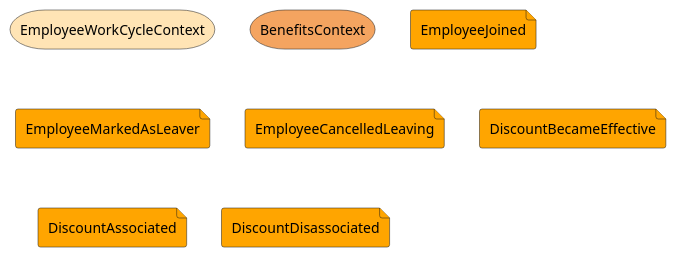
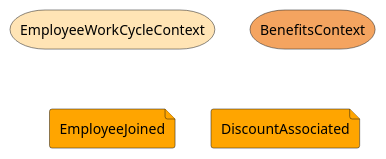
Before and after one commit to VirtusLab/ddd-public-materials: the diagram in time-based-domain-events/modelling/.assets/diagrams/components.iuml, drawn with PlantUML. The commit also changed 8 other files, not shown here.

Commit message:
fixes to slides and diagrams

```diff
--- a/time-based-domain-events/modelling/.assets/diagrams/components.iuml
+++ b/time-based-domain-events/modelling/.assets/diagrams/components.iuml
@@ -1,10 +1,5 @@
 storage EmployeeWorkCycleContext #Moccasin
 storage BenefitsContext #SandyBrown
 
 file EmployeeJoined #Orange
-file EmployeeMarkedAsLeaver #Orange
-file EmployeeCancelledLeaving #Orange
-
-file DiscountBecameEffective #Orange
 file DiscountAssociated #Orange
-file DiscountDisassociated #Orange
```
